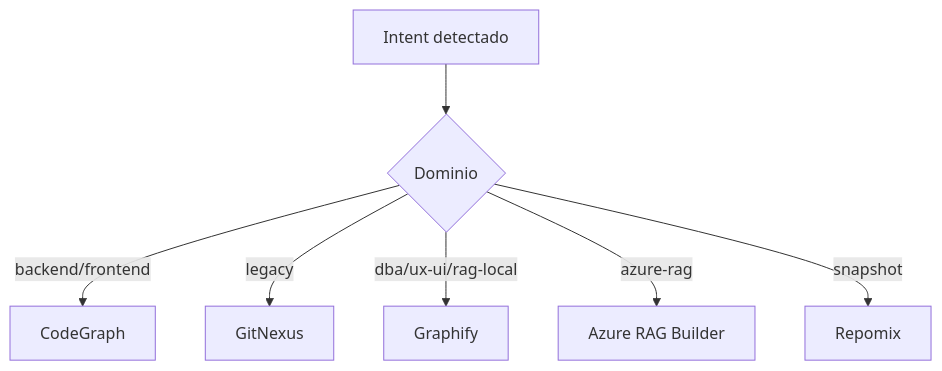
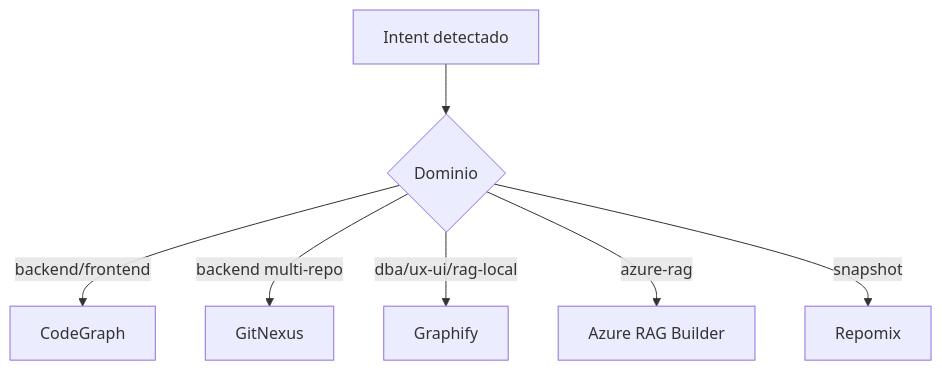
The fifth of 10 diagrams in README.md (Sertxito/mcp-efficiency-engine), drawn with Mermaid before and after one commit. The commit also changed other lines of this file and 94 other files, not shown here.

````diff
--- a/README.md
+++ b/README.md
@@ -159,9 +163,9 @@
 ```mermaid
 flowchart TB
   I[Intent detectado] --> D{Dominio}
   D -->|backend/frontend| CG[CodeGraph]
-  D -->|legacy| GN[GitNexus]
+  D -->|backend multi-repo| GN[GitNexus]
   D -->|dba/ux-ui/rag-local| GF[Graphify]
   D -->|azure-rag| AZ[Azure RAG Builder]
   D -->|snapshot| RP[Repomix]
 ```
````
